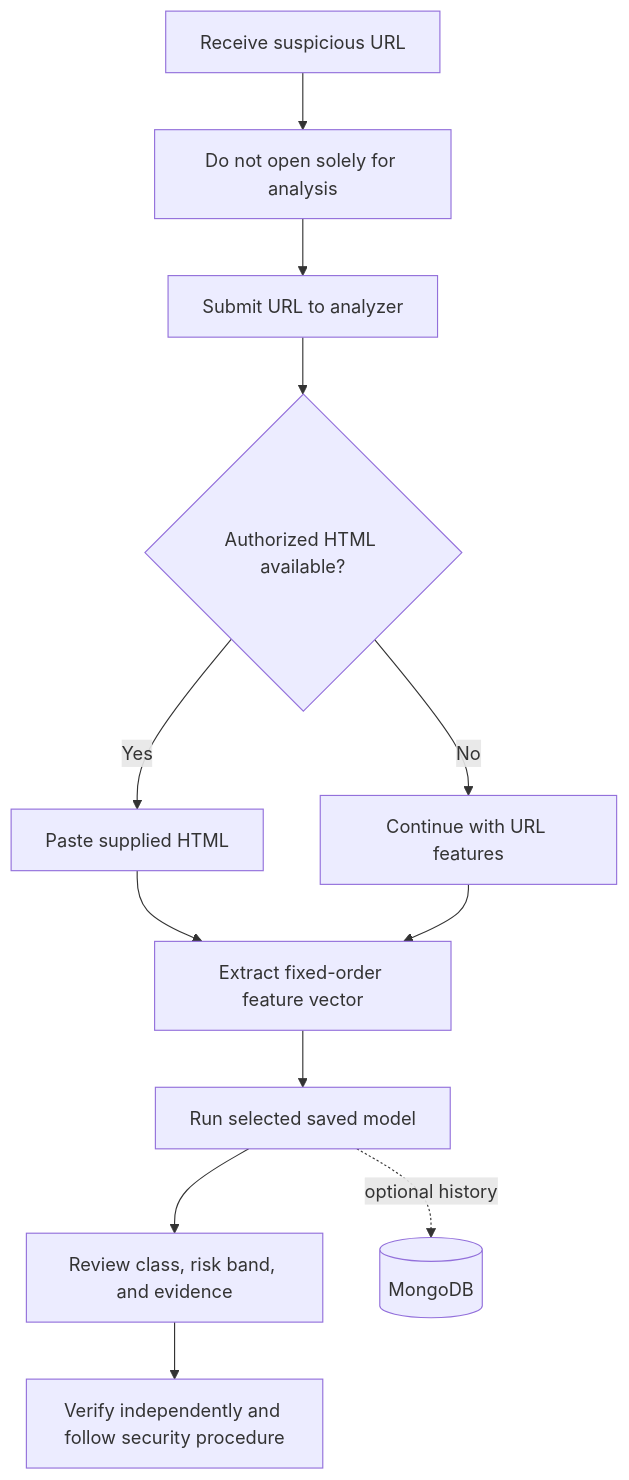
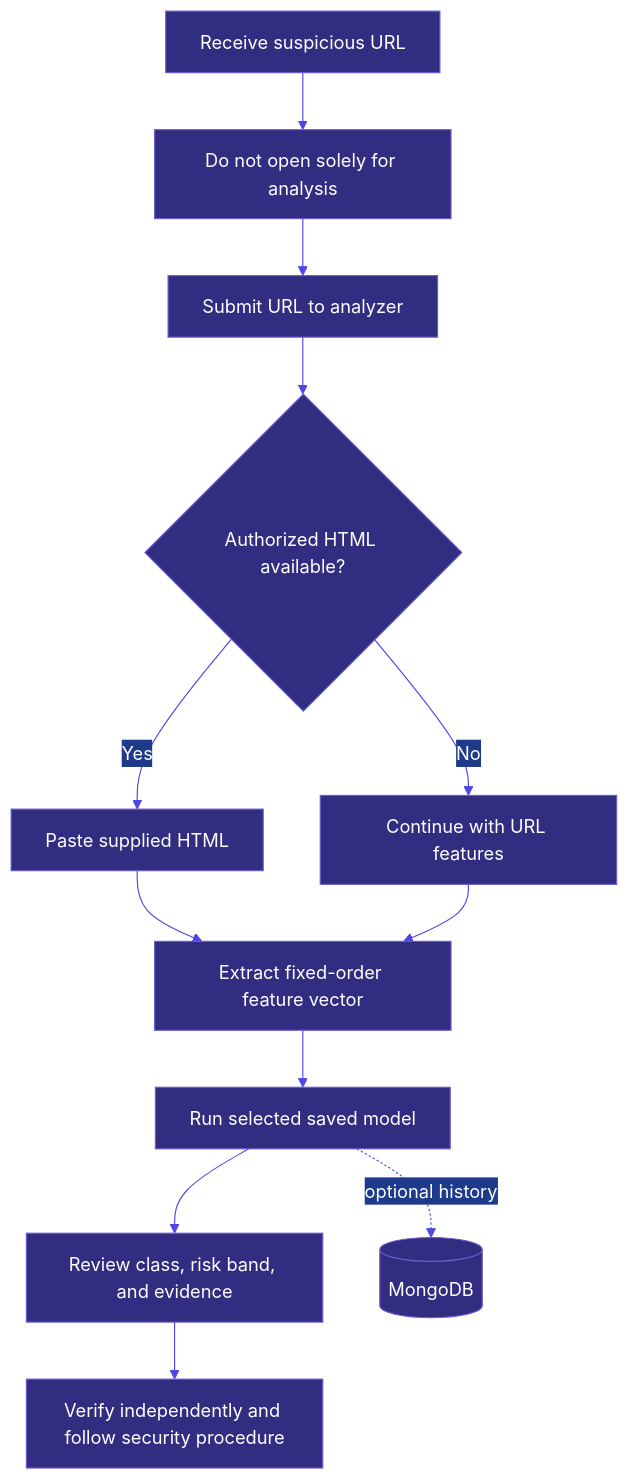
The second of 4 diagrams in README.md (ArshiBansal/Intelligent_URL_Threat_Analyzer), drawn with Mermaid before and after one commit. The commit also changed other lines of this file, not shown here.

````diff
--- a/README.md
+++ b/README.md
@@ -144,14 +168,15 @@
 ```mermaid
+%%{init: {'theme':'base','themeVariables': {'primaryColor':'#312E81','primaryTextColor':'#ffffff','primaryBorderColor':'#6D5BD0','lineColor':'#4F46E5','secondaryColor':'#1E3A8A','tertiaryColor':'#111827','background':'#ffffff','mainBkg':'#312E81','nodeBorder':'#6D5BD0','clusterBkg':'#111827','clusterBorder':'#4F46E5'}}}%%
 flowchart TD
     A[Receive suspicious URL] --> B[Do not open solely for analysis]
     B --> C[Submit URL to analyzer]
     C --> D{Authorized HTML available?}
     D -- Yes --> E[Paste supplied HTML]
     D -- No --> F[Continue with URL features]
     E --> G[Extract fixed-order feature vector]
     F --> G
     G --> H[Run selected saved model]
     H --> I[Review class, risk band, and evidence]
     I --> J[Verify independently and follow security procedure]
     H -. optional history .-> K[(MongoDB)]
 ```
````
